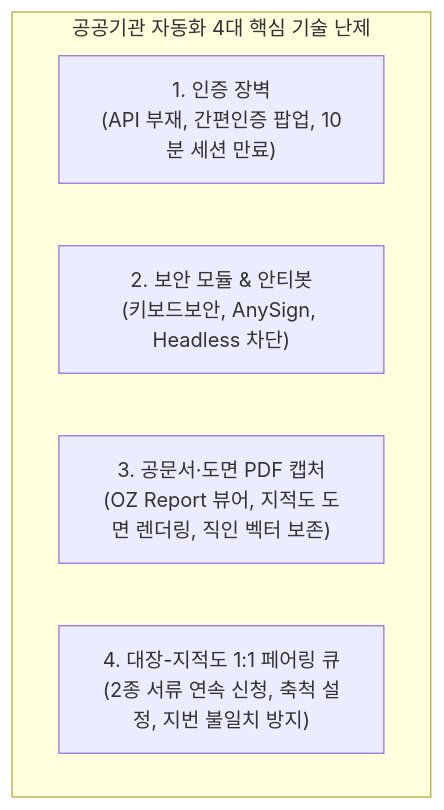
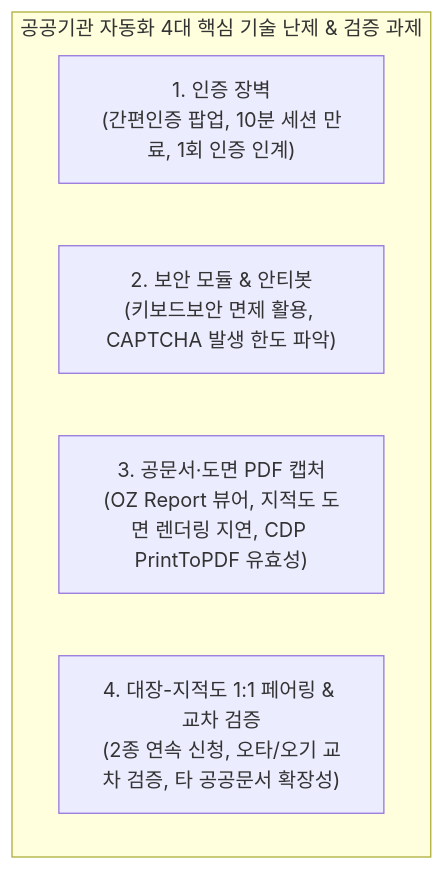
One commit to ik-e/chaja-you changed the first of 3 diagrams in docs/members/R04/workspace/2026-11-16_R04_공공서류_수집자동화_기술검토_및_해결안.md. Above: the diagram before and after it, drawn with Mermaid. The commit also changed other lines of this file and 4 other files, not shown here.

````diff
--- a/docs/members/R04/workspace/2026-11-16_R04_공공서류_수집자동화_기술검토_및_해결안.md
+++ b/docs/members/R04/workspace/2026-11-16_R04_공공서류_수집자동화_기술검토_및_해결안.md
@@ -16,9 +20,9 @@
 ```mermaid
 flowchart TD
-    subgraph Bottlenecks ["공공기관 자동화 4대 핵심 기술 난제"]
-        B1["1. 인증 장벽<br/>(API 부재, 간편인증 팝업, 10분 세션 만료)"]
-        B2["2. 보안 모듈 & 안티봇<br/>(키보드보안, AnySign, Headless 차단)"]
-        B3["3. 공문서·도면 PDF 캡처<br/>(OZ Report 뷰어, 지적도 도면 렌더링, 직인 벡터 보존)"]
-        B4["4. 대장-지적도 1:1 페어링 큐<br/>(2종 서류 연속 신청, 축척 설정, 지번 불일치 방지)"]
+    subgraph Bottlenecks ["공공기관 자동화 4대 핵심 기술 난제 & 검증 과제"]
+        B1["1. 인증 장벽<br/>(간편인증 팝업, 10분 세션 만료, 1회 인증 인계)"]
+        B2["2. 보안 모듈 & 안티봇<br/>(키보드보안 면제 활용, CAPTCHA 발생 한도 파악)"]
+        B3["3. 공문서·도면 PDF 캡처<br/>(OZ Report 뷰어, 지적도 도면 렌더링 지연, CDP PrintToPDF 유효성)"]
+        B4["4. 대장-지적도 1:1 페어링 & 교차 검증<br/>(2종 연속 신청, 오타/오기 교차 검증, 타 공공문서 확장성)"]
     end
 ```
````
